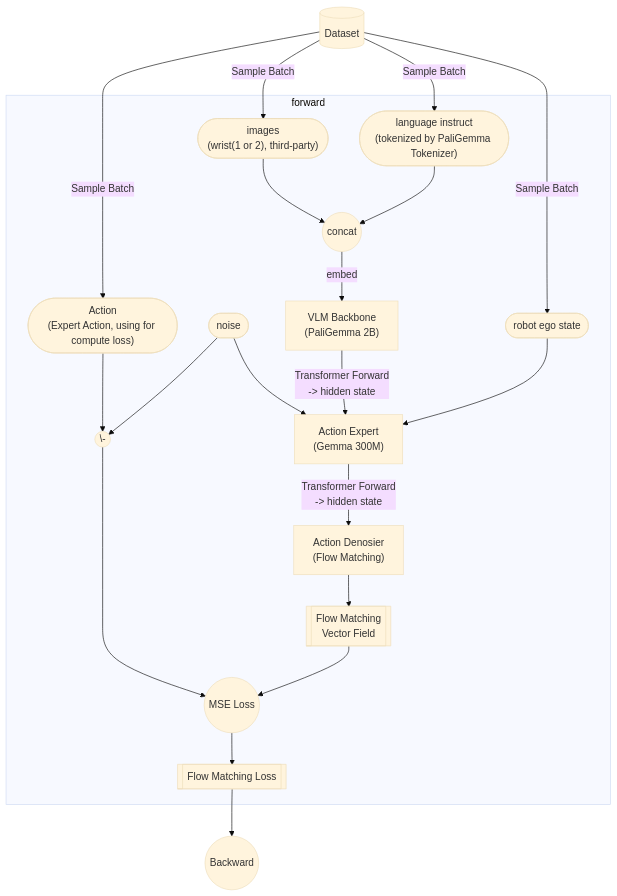
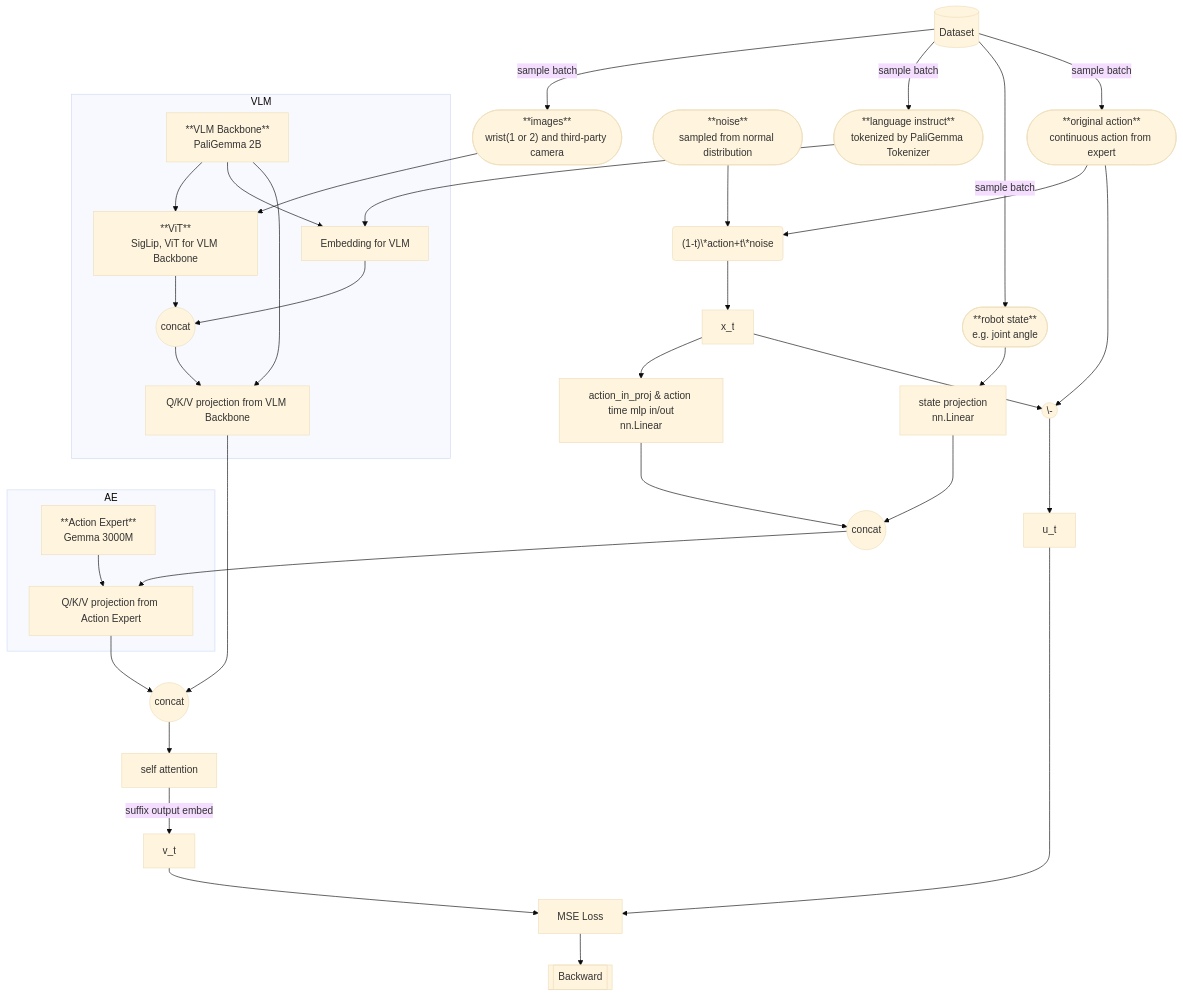
One commit to TropinoneH/knowledge_base changed the first of 2 diagrams in Paper/pi0.md. Above: the diagram before and after it, drawn with Mermaid (base theme). The commit also changed other lines of this file and 7 other files, not shown here.

````diff
--- a/Paper/pi0.md
+++ b/Paper/pi0.md
@@ -35,44 +33,62 @@
 ```mermaid
 graph TD
 
-a["VLM Backbone<br>(PaliGemma 2B)"]
-b["Action Expert<br>(Gemma 300M)"]
-c["Action Denosier<br>(Flow Matching)"]
+dataset[(Dataset)]
 
-d[(Dataset)]
-e(["images<br>(wrist(1 or 2), third-party)"])
-f(["language instruct<br>(tokenized by PaliGemma Tokenizer)"])
-i(["Action<br>(Expert Action, using for compute loss)"])
-g(["robot ego state"])
-oooo(["noise"])
+cat1(("concat"))
+cat2(("concat"))
+cat3(("concat"))
 
-h((concat))
-k(("\-"))
+image(["**images**<br>wrist(1 or 2) and third-party camera"])
+instruct(["**language instruct**<br>tokenized by PaliGemma Tokenizer"])
+state(["**robot state**<br>e.g. joint angle"])
+action(["**original action**<br>continuous action from expert"])
 
-l[["Flow Matching Loss"]]
-m[["Flow Matching<br>Vector Field"]]
-n((MSE Loss))
+noise(["**noise**<br>sampled from normal distribution"])
 
-d-->|Sample Batch|e
-d-->|Sample Batch|f
-d-->|Sample Batch|i
-d-->|Sample Batch|g
+dataset-->|sample batch|image
+dataset-->|sample batch|instruct
+dataset-->|sample batch|state
+dataset-->|sample batch|action
+state-->state_proj["state projection<br>nn.Linear"]-->cat2
+action-->add1("(1-t)\*action+t\*noise")
+noise-->add1
+add1-->x_t
 
-subgraph forward
-	e-->h
-	f-->h
-	h-->|embed|a
-	oooo-->b
-	a-->|"Transformer Forward<br>-> hidden state"|b
-	g-->b
-	b-->|"Transformer Forward<br>-> hidden state"|c
-	
-	c-->m
-	i-->k
-	oooo-->k
-	k-->n
-	m-->n
-	n-->l
+vlm["**VLM Backbone**<br>PaliGemma 2B"]
+vlm_weight["Q/K/V projection from VLM Backbone"]
+vit["**ViT**<br>SigLip, ViT for VLM Backbone"]
+vlm_embed["Embedding for VLM"]
+ae["**Action Expert**<br>Gemma 3000M"]
+ae_weight["Q/K/V projection from Action Expert"]
+
+subgraph VLM
+	vlm-->vit
+	vlm-->vlm_embed
+	cat1
+	vlm-->vlm_weight
 end
-l-->bbbb((Backward))
+
+subgraph AE
+	ae-->ae_weight
+end
+
+
+image-->vit
+instruct-->vlm_embed
+vit-->cat1(("concat"))
+vlm_embed-->cat1
+cat1-->vlm_weight
+
+x_t-->act_proj["action_in_proj & action time mlp in/out<br>nn.Linear"]-->cat2-->ae_weight
+
+vlm_weight-->cat3
+ae_weight-->cat3
+cat3-->sa["self attention"]
+sa-->|suffix output embed|v_t
+x_t-->minus(("\-"))
+action-->minus-->u_t
+u_t-->loss["MSE Loss"]
+v_t-->loss
+loss-->b[[Backward]]
 ```
````
